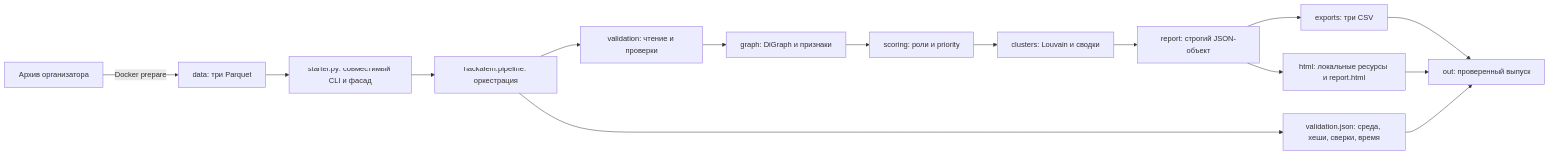
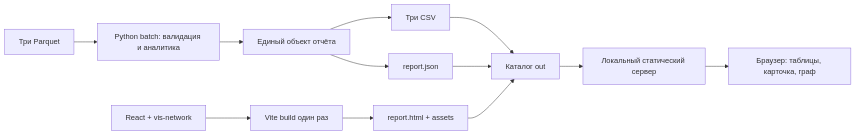
One commit to BAITC-Hacks/hack-e3bf6094-jigas changed the diagram in docs/ARCHITECTURE.md. Above: the diagram before and after it, drawn with Mermaid. The commit also changed other lines of this file and 10 other files, not shown here.

````diff
--- a/docs/ARCHITECTURE.md
+++ b/docs/ARCHITECTURE.md
@@ -5,17 +5,14 @@
 ```mermaid
 flowchart LR
-    A[Архив организатора] -->|Docker prepare| B[data: три Parquet]
-    B --> C[starter.py: совместимый CLI и фасад]
-    C --> D[hackalem.pipeline: оркестрация]
-    D --> E[validation: чтение и проверки]
-    E --> F[graph: DiGraph и признаки]
-    F --> G[scoring: роли и priority]
-    G --> H[clusters: Louvain и сводки]
-    H --> I[report: строгий JSON-объект]
-    I --> J[exports: три CSV]
-    I --> K[html: локальные ресурсы и report.html]
-    J --> L[out: проверенный выпуск]
-    K --> L
-    D --> M[validation.json: среда, хеши, сверки, время]
-    M --> L
+    A[Три Parquet] --> B[Python batch: валидация и аналитика]
+    B --> C[Единый объект отчёта]
+    C --> D[Три CSV]
+    C --> E[report.json]
+    F[React + vis-network] --> G[Vite build один раз]
+    G --> H[report.html + assets]
+    D --> I[Каталог out]
+    E --> I
+    H --> I
+    I --> J[Локальный статический сервер]
+    J --> K[Браузер: таблицы, карточка, граф]
 ```
````
